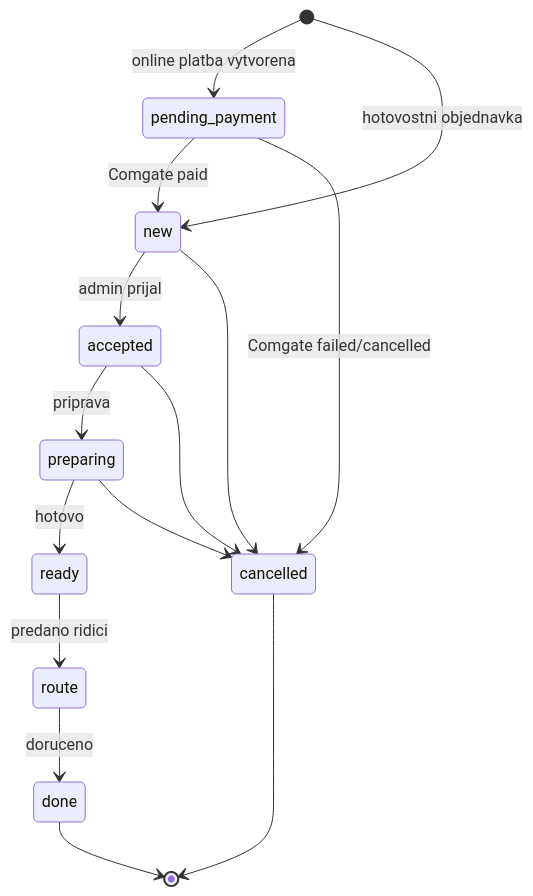
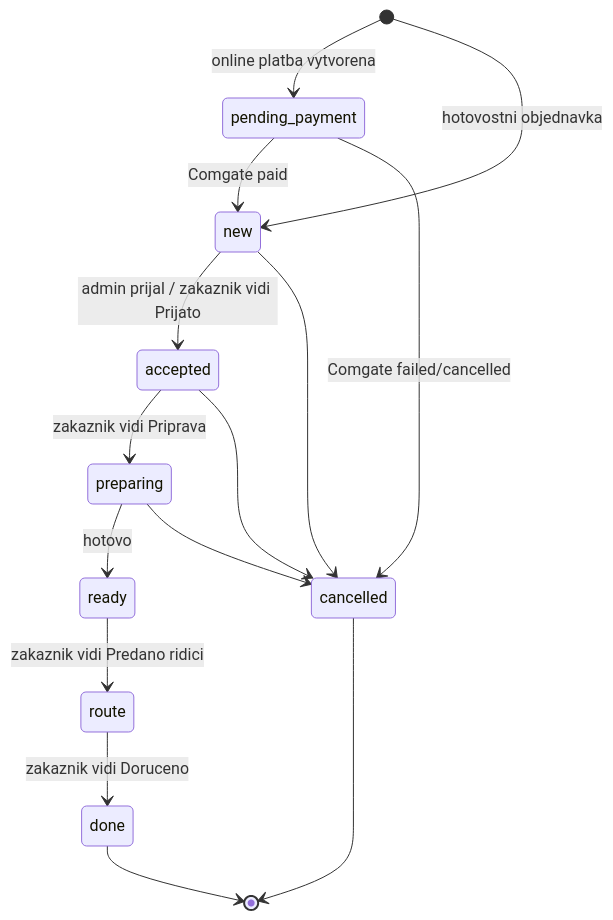
Before and after one commit to Poracanin/pizza-bellizzi: the ninth of 11 diagrams in ARCHITEKTURA.md, drawn with Mermaid. The commit also changed other lines of this file and 5 other files, not shown here.

````diff
--- a/ARCHITEKTURA.md
+++ b/ARCHITEKTURA.md
@@ -270,21 +359,21 @@
 ```mermaid
 stateDiagram-v2
   [*] --> pending_payment: online platba vytvorena
   [*] --> new: hotovostni objednavka
 
   pending_payment --> new: Comgate paid
   pending_payment --> cancelled: Comgate failed/cancelled
 
-  new --> accepted: admin prijal
-  accepted --> preparing: priprava
+  new --> accepted: admin prijal / zakaznik vidi Prijato
+  accepted --> preparing: zakaznik vidi Priprava
   preparing --> ready: hotovo
-  ready --> route: predano ridici
-  route --> done: doruceno
+  ready --> route: zakaznik vidi Predano ridici
+  route --> done: zakaznik vidi Doruceno
 
   new --> cancelled
   accepted --> cancelled
   preparing --> cancelled
 
   done --> [*]
   cancelled --> [*]
 ```
````
